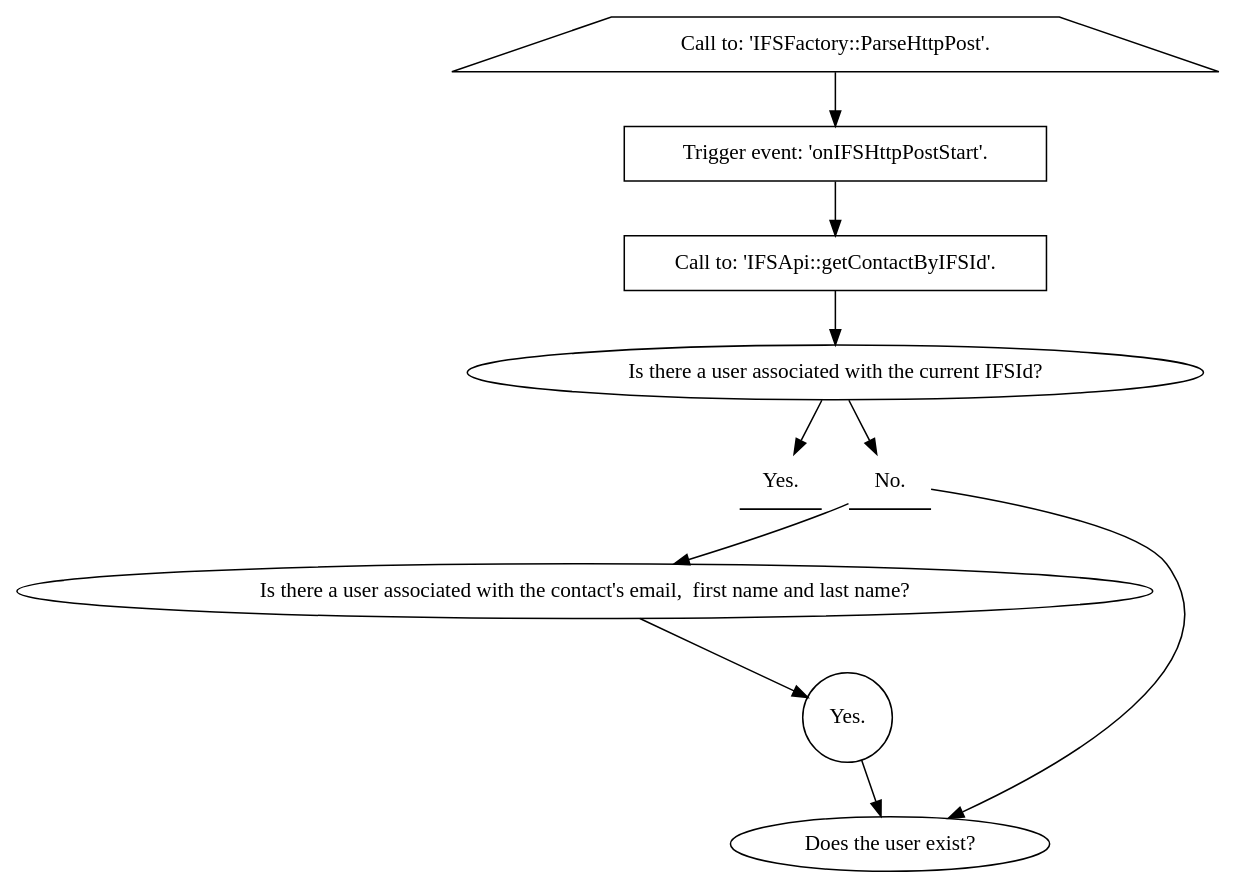
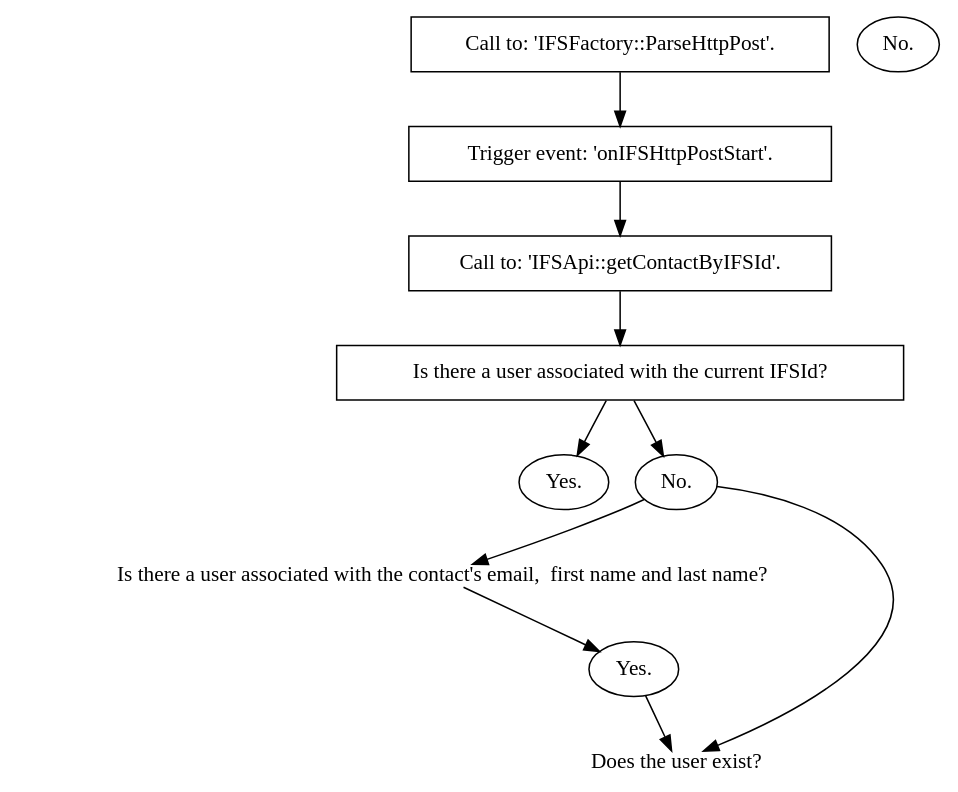
The diagram in docs/procedures/register_user.rst (treste91/JoomFuse), drawn with Graphviz before and after one commit.

```diff
--- a/docs/procedures/register_user.rst
+++ b/docs/procedures/register_user.rst
@@ -4,24 +4,25 @@
 .. graphviz::
 
    digraph {
    
-      1 [label="Call to: 'IFSFactory::ParseHttpPost'." shape=trapezium]
+      1 [label="Call to: 'IFSFactory::ParseHttpPost'." shape=rectangle]
       2 [label="Trigger event: 'onIFSHttpPostStart'." shape=rectangle]
-      3 [label="Call to: 'IFSApi::getContactByIFSId'." shape=box]
-      4 [label="Is there a user associated with the current IFSId?" shape=oval]
-      5 [label="Yes." shape=underline]
-      6 [label="No." shape=underline]
-      7 [label="Is there a user associated with the contact's email,  first name and last name?" shape=oval]
-      8 [label="Yes." shape=circle]
-      9 [label="Does the user exist?" shape=oval]
+      3 [label="Call to: 'IFSApi::getContactByIFSId'." shape=rectangle]
+      4 [label="Is there a user associated with the current IFSId?" shape=polygon]
+      5 [label="Yes." shape=oval]
+      6 [label="No." shape=oval]
+      7 [label="Is there a user associated with the contact's email,  first name and last name?" shape=plain]
+      8 [label="Yes." shape=oval]
+      9 [label="Does the user exist?" shape=plain]
+      10 [label="No." shape=oval]
       
       1 -> 2
       2 -> 3
       3 -> 4
       4 -> 5
       4 -> 6
       6 -> 7
       7 -> 8
       8 -> 9
       6 -> 9
    }
```
